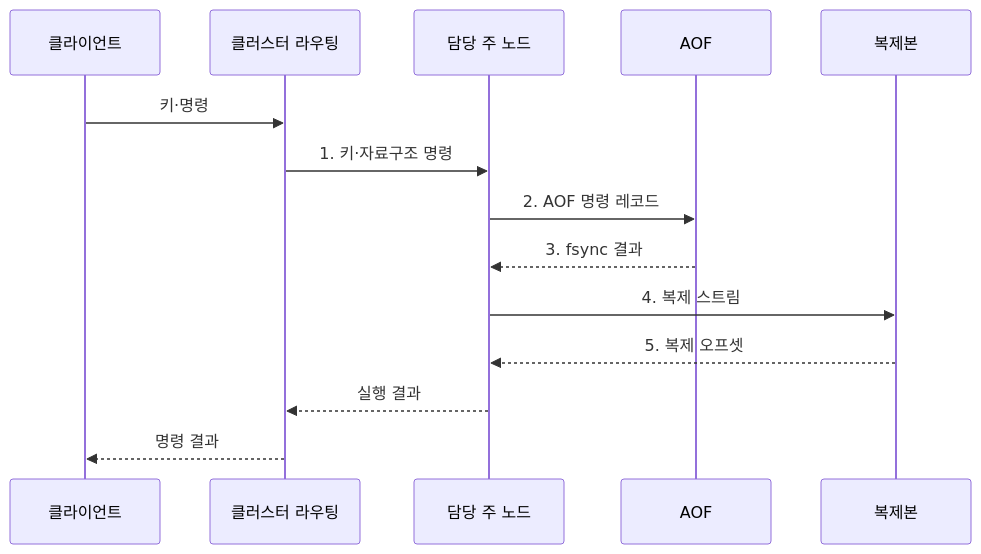
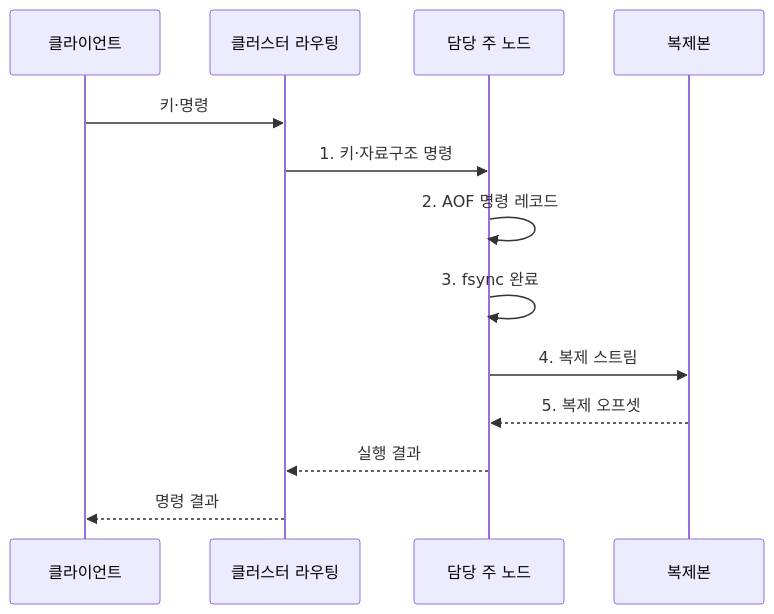
The second of 2 diagrams in src/content/docs/notes/03-software/107_redis_in_memory_database.md (agnusdei1207/knowledge-base), drawn with Mermaid before and after one commit. The commit also changed 7 other files, not shown here.

Commit message:
Refine distributed data diagrams

````diff
--- a/src/content/docs/notes/03-software/107_redis_in_memory_database.md
+++ b/src/content/docs/notes/03-software/107_redis_in_memory_database.md
@@ -99,16 +99,15 @@
 ```mermaid
 sequenceDiagram
     participant C as 클라이언트
     participant R as 클러스터 라우팅
     participant P as 담당 주 노드
-    participant A as AOF
     participant S as 복제본
     C->>R: 키·명령
     R->>P: 1. 키·자료구조 명령
-    P->>A: 2. AOF 명령 레코드
-    A-->>P: 3. fsync 결과
+    P->>P: 2. AOF 명령 레코드
+    P->>P: 3. fsync 완료
     P->>S: 4. 복제 스트림
     S-->>P: 5. 복제 오프셋
     P-->>R: 실행 결과
     R-->>C: 명령 결과
 ```
````
